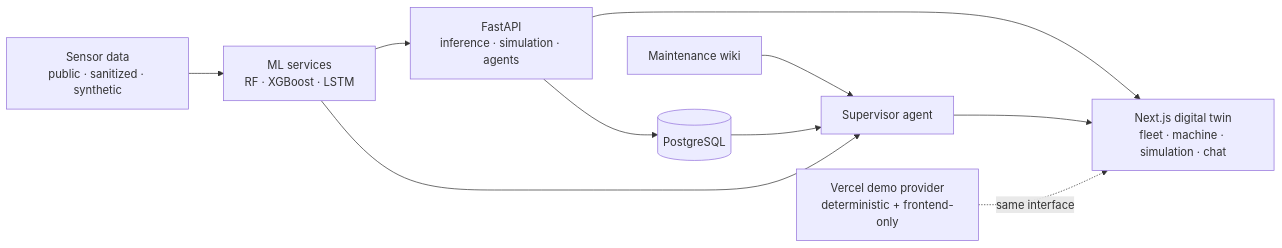
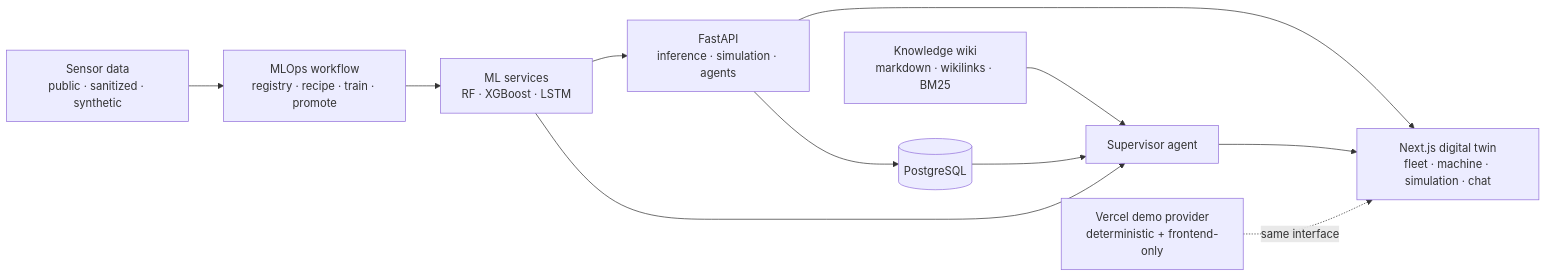
One commit to NathanVuSwinburne/predictive-maintenance-digital-twin-demo changed the diagram in README.md. Above: the diagram before and after it, drawn with Mermaid. The commit also changed other lines of this file and 1 other file, not shown here.

First line of the commit message:
docs: tell the MLOps and knowledge-wiki story in the README

````diff
--- a/README.md
+++ b/README.md
@@ -237,12 +324,13 @@
 ```mermaid
 flowchart LR
-    Sensors["Sensor data<br/>public · sanitized · synthetic"] --> Models["ML services<br/>RF · XGBoost · LSTM"]
+    Sensors["Sensor data<br/>public · sanitized · synthetic"] --> MLOps["MLOps workflow<br/>registry · recipe · train · promote"]
+    MLOps --> Models["ML services<br/>RF · XGBoost · LSTM"]
     Models --> API["FastAPI<br/>inference · simulation · agents"]
     API --> DB[(PostgreSQL)]
     API --> UI["Next.js digital twin<br/>fleet · machine · simulation · chat"]
-    Wiki["Maintenance wiki"] --> Agent["Supervisor agent"]
+    Wiki["Knowledge wiki<br/>markdown · wikilinks · BM25"] --> Agent["Supervisor agent"]
     DB --> Agent
     Models --> Agent
     Agent --> UI
     Demo["Vercel demo provider<br/>deterministic + frontend-only"] -. same interface .-> UI
 ```
````
